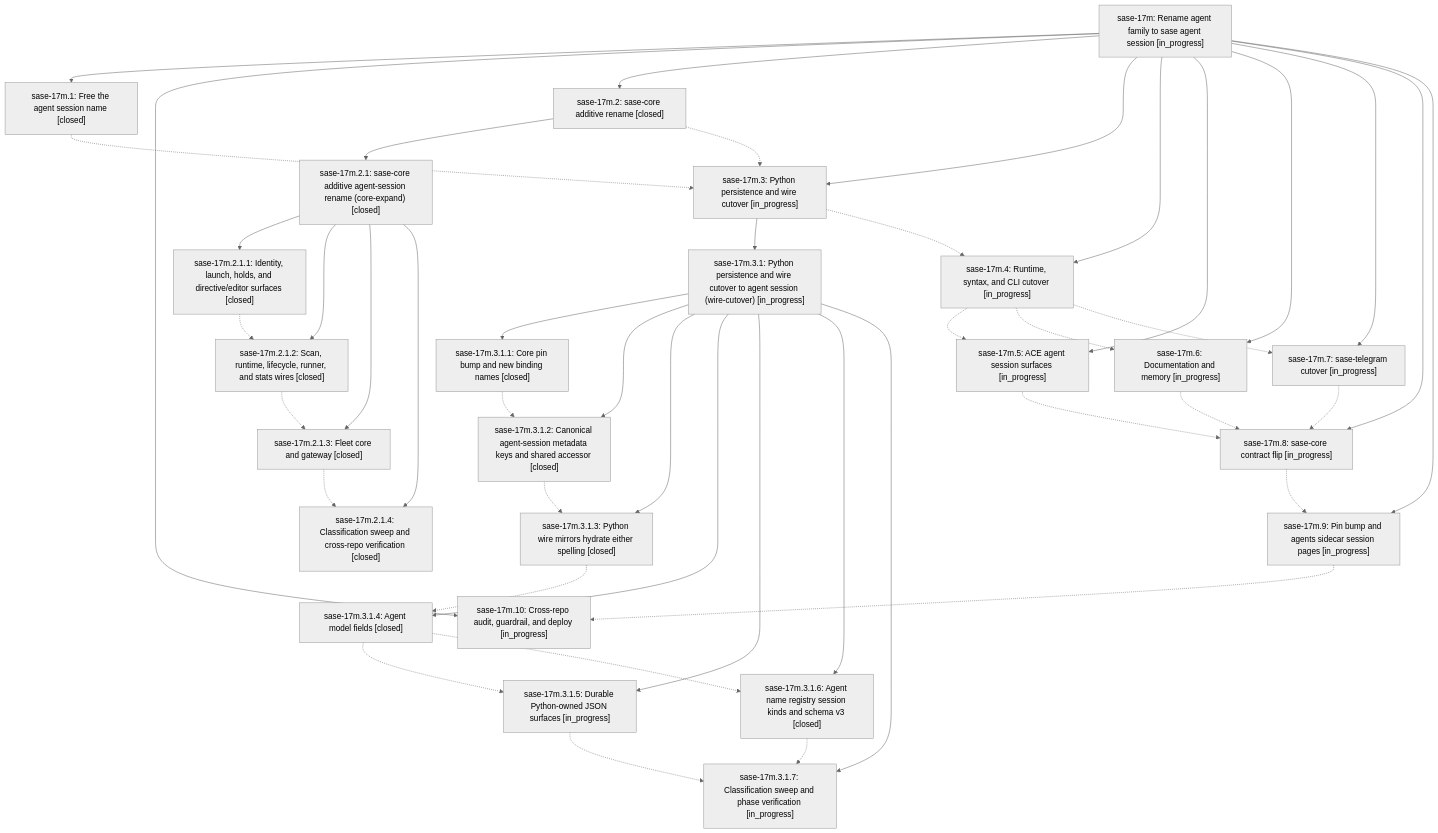
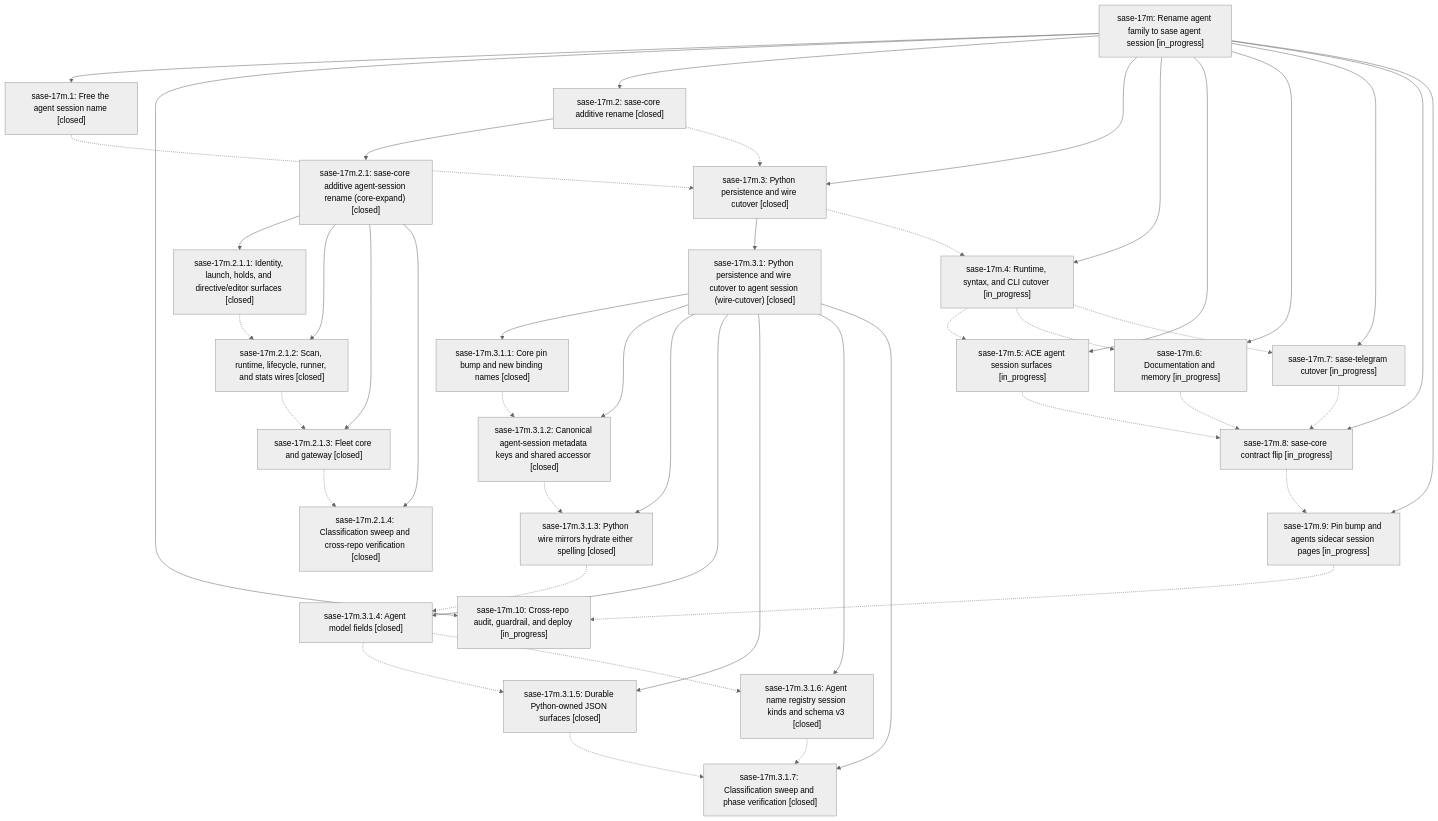
One commit to sase-org/sase--beads changed the diagram in pages/sase-17m/README.md. Above: the diagram before and after it, drawn with Mermaid (neutral theme). The commit also changed other lines of this file and 10 other files, not shown here.

````diff
--- a/pages/sase-17m/README.md
+++ b/pages/sase-17m/README.md
@@ -35,71 +35,71 @@
 ```mermaid
 flowchart TD
     n0["sase-17m: Rename agent family to sase agent session [in_progress]"]
     n1["sase-17m.1: Free the agent session name [closed]"]
     n2["sase-17m.10: Cross-repo audit, guardrail, and deploy [in_progress]"]
     n3["sase-17m.2: sase-core additive rename [closed]"]
     n4["sase-17m.2.1: sase-core additive agent-session rename (core-expand) [closed]"]
     n5["sase-17m.2.1.1: Identity, launch, holds, and directive/editor surfaces [closed]"]
     n6["sase-17m.2.1.2: Scan, runtime, lifecycle, runner, and stats wires [closed]"]
     n7["sase-17m.2.1.3: Fleet core and gateway [closed]"]
     n8["sase-17m.2.1.4: Classification sweep and cross-repo verification [closed]"]
-    n9["sase-17m.3: Python persistence and wire cutover [in_progress]"]
-    n10["sase-17m.3.1: Python persistence and wire cutover to agent session (wire-cutover) [in_progress]"]
+    n9["sase-17m.3: Python persistence and wire cutover [closed]"]
+    n10["sase-17m.3.1: Python persistence and wire cutover to agent session (wire-cutover) [closed]"]
     n11["sase-17m.3.1.1: Core pin bump and new binding names [closed]"]
     n12["sase-17m.3.1.2: Canonical agent-session metadata keys and shared accessor [closed]"]
     n13["sase-17m.3.1.3: Python wire mirrors hydrate either spelling [closed]"]
     n14["sase-17m.3.1.4: Agent model fields [closed]"]
-    n15["sase-17m.3.1.5: Durable Python-owned JSON surfaces [in_progress]"]
+    n15["sase-17m.3.1.5: Durable Python-owned JSON surfaces [closed]"]
     n16["sase-17m.3.1.6: Agent name registry session kinds and schema v3 [closed]"]
-    n17["sase-17m.3.1.7: Classification sweep and phase verification [in_progress]"]
+    n17["sase-17m.3.1.7: Classification sweep and phase verification [closed]"]
     n18["sase-17m.4: Runtime, syntax, and CLI cutover [in_progress]"]
     n19["sase-17m.5: ACE agent session surfaces [in_progress]"]
     n20["sase-17m.6: Documentation and memory [in_progress]"]
     n21["sase-17m.7: sase-telegram cutover [in_progress]"]
     n22["sase-17m.8: sase-core contract flip [in_progress]"]
     n23["sase-17m.9: Pin bump and agents sidecar session pages [in_progress]"]
     n0 --> n1
     n0 --> n2
     n0 --> n3
     n3 --> n4
     n4 --> n5
     n4 --> n6
     n4 --> n7
     n4 --> n8
     n0 --> n9
     n9 --> n10
     n10 --> n11
     n10 --> n12
     n10 --> n13
     n10 --> n14
     n10 --> n15
     n10 --> n16
     n10 --> n17
     n0 --> n18
     n0 --> n19
     n0 --> n20
     n0 --> n21
     n0 --> n22
     n0 --> n23
     n1 -.-> n9
     n3 -.-> n9
     n5 -.-> n6
     n6 -.-> n7
     n7 -.-> n8
     n9 -.-> n18
     n11 -.-> n12
     n12 -.-> n13
     n13 -.-> n14
     n14 -.-> n15
     n14 -.-> n16
     n15 -.-> n17
     n16 -.-> n17
     n18 -.-> n19
     n18 -.-> n20
     n18 -.-> n21
     n19 -.-> n22
     n20 -.-> n22
     n21 -.-> n22
     n22 -.-> n23
     n23 -.-> n2
 ```
````
